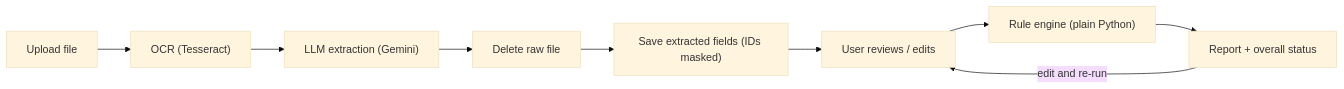
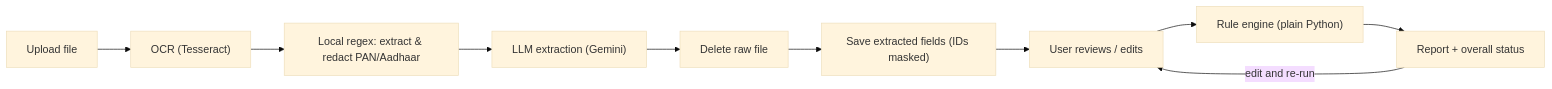
The first of 2 diagrams in docs/DESIGN.md (surabhiyadav11/VerifyFlow), drawn with Mermaid (base theme) before and after one commit. The commit also changed other lines of this file, not shown here.

````diff
--- a/docs/DESIGN.md
+++ b/docs/DESIGN.md
@@ -19,11 +19,12 @@
 ```mermaid
 flowchart LR
     A["Upload file"] --> B["OCR (Tesseract)"]
-    B --> C["LLM extraction (Gemini)"]  
-    C --> D["Delete raw file"]
-    D --> E["Save extracted fields (IDs masked)"]
-    E --> F["User reviews / edits"]
-    F --> G["Rule engine (plain Python)"]
-    G --> H["Report + overall status"]
-    H -->|"edit and re-run"| F
+    B --> C["Local regex: extract & redact PAN/Aadhaar"]
+    C --> D["LLM extraction (Gemini)"]
+    D --> E["Delete raw file"]
+    E --> F["Save extracted fields (IDs masked)"]
+    F --> G["User reviews / edits"]
+    G --> H["Rule engine (plain Python)"]
+    H --> I["Report + overall status"]
+    I -->|"edit and re-run"| G
 ```
````
